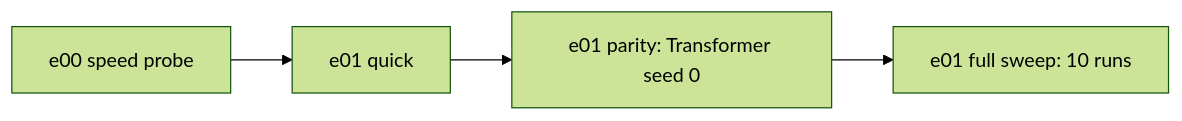
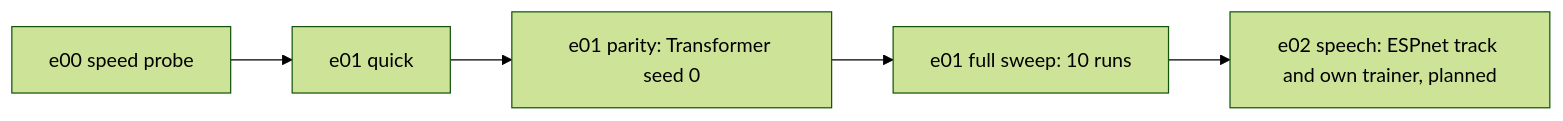
One commit to vakharwalad23/grassmann-speech changed the diagram in docs/experiments.md. Above: the diagram before and after it, drawn with Mermaid (forest theme). The commit also changed other lines of this file and 2 other files, not shown here.

Commit message:
docs: add e02 architecture, math and plan

````diff
--- a/docs/experiments.md
+++ b/docs/experiments.md
@@ -5,6 +5,7 @@
 ```mermaid
 flowchart LR
     E0["e00 speed probe"] --> Q["e01 quick"]
     Q --> P["e01 parity: Transformer seed 0"]
     P --> F["e01 full sweep: 10 runs"]
+    F --> G["e02 speech: ESPnet track and own trainer, planned"]
 ```
````
